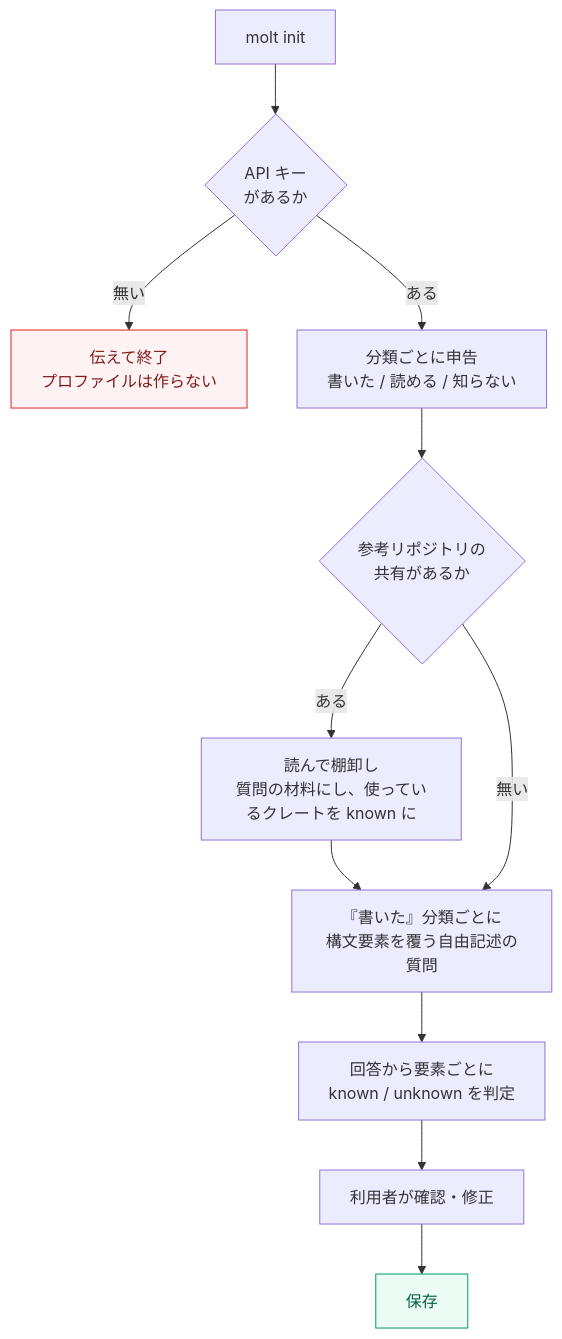
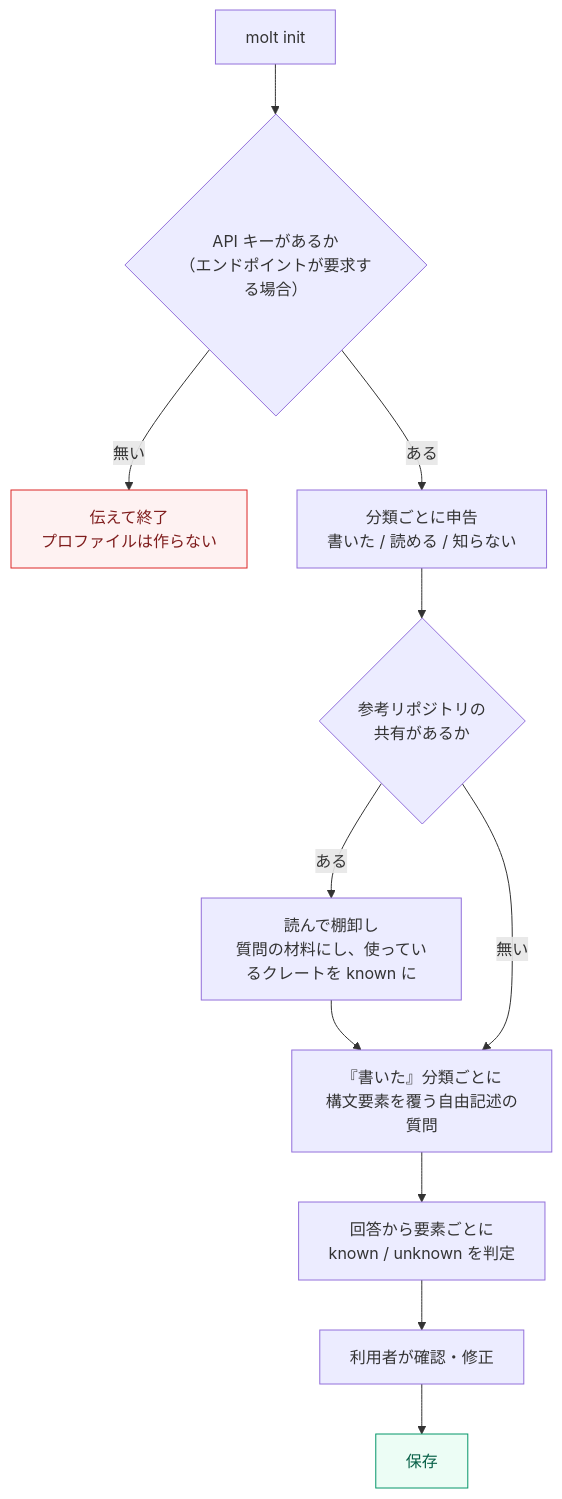
One commit to sumiredc/molt changed the third of 9 diagrams in PRD.ja.md. Above: the diagram before and after it, drawn with Mermaid. The commit also changed other lines of this file and 1 other file, not shown here.

````diff
--- a/PRD.ja.md
+++ b/PRD.ja.md
@@ -130,13 +130,13 @@
 ```mermaid
 flowchart TB
-  S["molt init"] --> K{"API キー<br/>があるか"}
+  S["molt init"] --> K{"API キーがあるか<br/>（エンドポイントが要求する場合）"}
   K -- "無い" --> X1["伝えて終了<br/>プロファイルは作らない"]:::bad
   K -- "ある" --> D["分類ごとに申告<br/>書いた / 読める / 知らない"]
   D --> R{"参考リポジトリの<br/>共有があるか"}
   R -- "ある" --> RS["読んで棚卸し<br/>質問の材料にし、使っているクレートを known に"] --> Q
   R -- "無い" --> Q
   Q["『書いた』分類ごとに<br/>構文要素を覆う自由記述の質問"] --> J["回答から要素ごとに<br/>known / unknown を判定"]
   J --> V["利用者が確認・修正"] --> SV["保存"]:::ok
   classDef ok   fill:#ecfdf5,stroke:#059669,color:#065f46
   classDef bad  fill:#fef2f2,stroke:#dc2626,color:#7f1d1d
 ```
````
